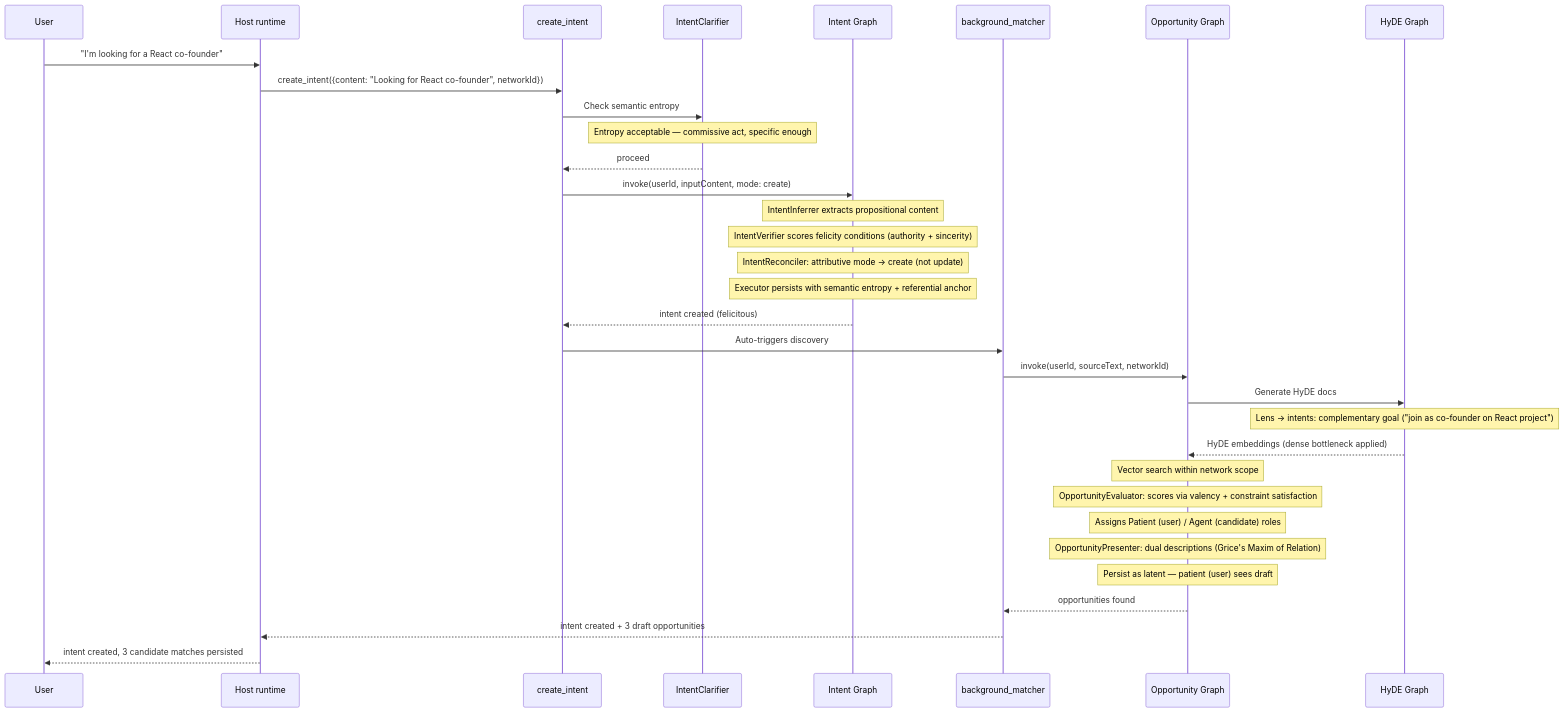
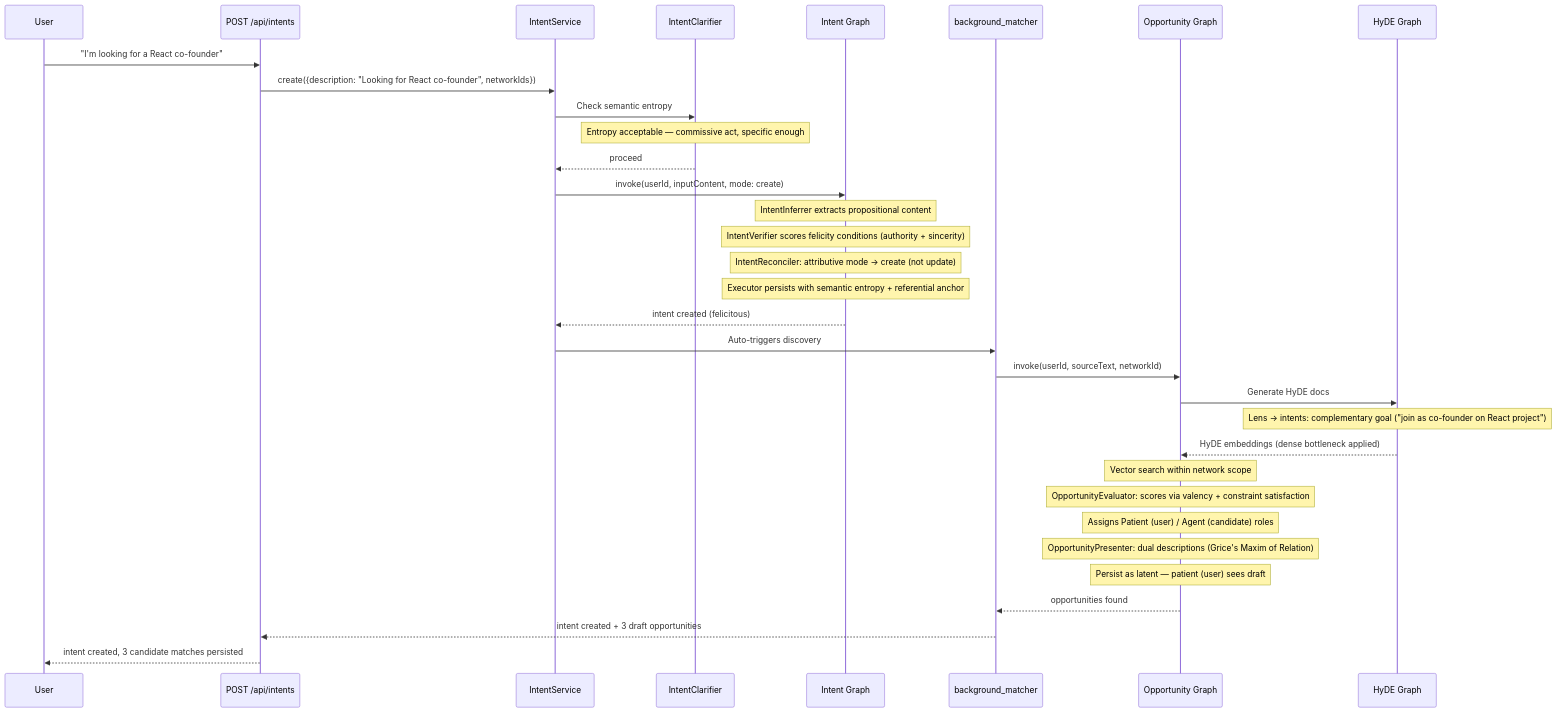
Before and after one commit to indexnetwork/index: the first of 2 diagrams in packages/protocol/src/README.md, drawn with Mermaid. The commit also changed other lines of this file and 127 other files, not shown here.

````diff
--- a/packages/protocol/src/README.md
+++ b/packages/protocol/src/README.md
@@ -110,42 +93,42 @@
 ```mermaid
 sequenceDiagram
     participant User
-    participant Host as Host runtime
-    participant CI as create_intent
+    participant Host as POST /api/intents
+    participant CI as IntentService
     participant IC as IntentClarifier
     participant IG as Intent Graph
     participant CO as background_matcher
     participant OG as Opportunity Graph
     participant HG as HyDE Graph
 
     User->>Host: "I'm looking for a React co-founder"
-    Host->>CI: create_intent({content: "Looking for React co-founder", networkId})
+    Host->>CI: create({description: "Looking for React co-founder", networkIds})
 
     CI->>IC: Check semantic entropy
     Note over IC: Entropy acceptable — commissive act, specific enough
     IC-->>CI: proceed
 
     CI->>IG: invoke(userId, inputContent, mode: create)
     Note over IG: IntentInferrer extracts propositional content
     Note over IG: IntentVerifier scores felicity conditions (authority + sincerity)
     Note over IG: IntentReconciler: attributive mode → create (not update)
     Note over IG: Executor persists with semantic entropy + referential anchor
 
     IG-->>CI: intent created (felicitous)
     CI->>CO: Auto-triggers discovery
     CO->>OG: invoke(userId, sourceText, networkId)
 
     OG->>HG: Generate HyDE docs
     Note over HG: Lens → intents: complementary goal ("join as co-founder on React project")
     HG-->>OG: HyDE embeddings (dense bottleneck applied)
 
     Note over OG: Vector search within network scope
     Note over OG: OpportunityEvaluator: scores via valency + constraint satisfaction
     Note over OG: Assigns Patient (user) / Agent (candidate) roles
     Note over OG: OpportunityPresenter: dual descriptions (Grice's Maxim of Relation)
     Note over OG: Persist as latent — patient (user) sees draft
 
     OG-->>CO: opportunities found
     CO-->>Host: intent created + 3 draft opportunities
     Host-->>User: intent created, 3 candidate matches persisted
 ```
````
